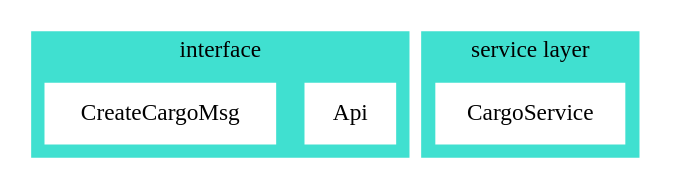
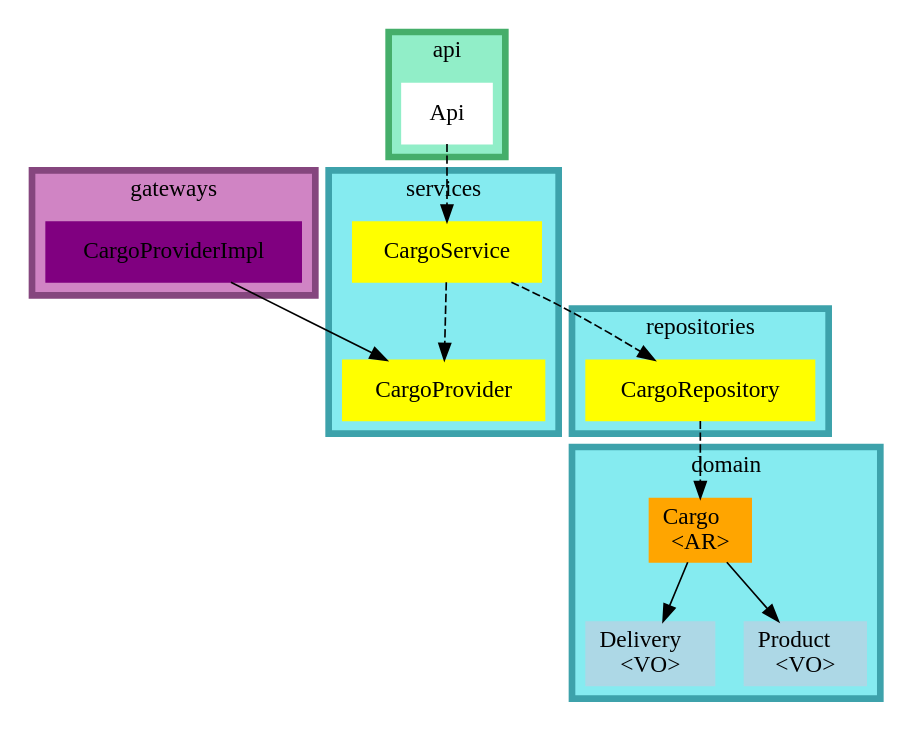
The diagram in examples/cargo-bc.dot (newlee/tequila), drawn with Graphviz before and after one commit. The commit also changed 1 other file, not shown here.

Commit message:
carge bc graph

```diff
--- a/examples/cargo-bc.dot
+++ b/examples/cargo-bc.dot
@@ -1,21 +1,64 @@
 digraph g {
 	node[style = filled, color = orange];
 
 	subgraph cluster1 {
-		label=interface
+		label=api
 		style=filled
-		color=turquoise
+		color="#45AE6A"
+		penwidth=4
+		fillcolor="#91EEC8"
 		node [style=filled,color=white,shape=box];
 		Api
-		CreateCargoMsg
+
 	}
 
 	subgraph cluster2 {
-		label="service layer"
+		label="services"
 		style=filled
-		color=turquoise
+		color="#3DA2AB"
+		fillcolor="#85EBF0"
+		penwidth=4
 		node [style=filled,color=white,shape=box];
-		CargoService
+		CargoService[label="CargoService", comment=Service, shape=box, color=yellow]
+		CargoProvider[label="CargoProvider", comment=Provider, shape=box, color=yellow]
+		CargoService -> CargoProvider[style="dashed"]
 	}
-	
+
+	subgraph cluster3 {
+		label="domain"
+		style=filled
+		color="#3DA2AB"
+		fillcolor="#85EBF0"
+		penwidth=4
+        Cargo[label="Cargo\l<AR>", comment=AR, shape=box]
+    	Delivery[label="Delivery\l<VO>", comment=VO, shape=box, color=lightblue]
+    	Product[label="Product\l<VO>", comment=VO, shape=box, color=lightblue]
+    	Cargo -> Delivery
+    	Cargo -> Product
+
+	}
+	subgraph cluster4 {
+		label="repositories"
+		style=filled
+		color="#3DA2AB"
+		fillcolor="#85EBF0"
+		penwidth=4
+		node [style=filled,color=white,shape=box];
+        CargoRepository[label="CargoRepository", comment=Repo, shape=box, color=yellow]
+        CargoRepository -> Cargo[style="dashed"]
+	}
+
+    subgraph cluster5 {
+		label="gateways"
+		style=filled
+		color="#85467E"
+		fillcolor="#D084C4"
+		penwidth=4
+		node [style=filled,color=white,shape=box];
+        CargoProviderImpl[label="CargoProviderImpl", comment=Provider, shape=box, color=purple]
+        CargoProviderImpl -> CargoProvider
+	}
+	Api -> CargoService[style="dashed"]
+	CargoService -> CargoRepository[style="dashed"]
+
 }
```
